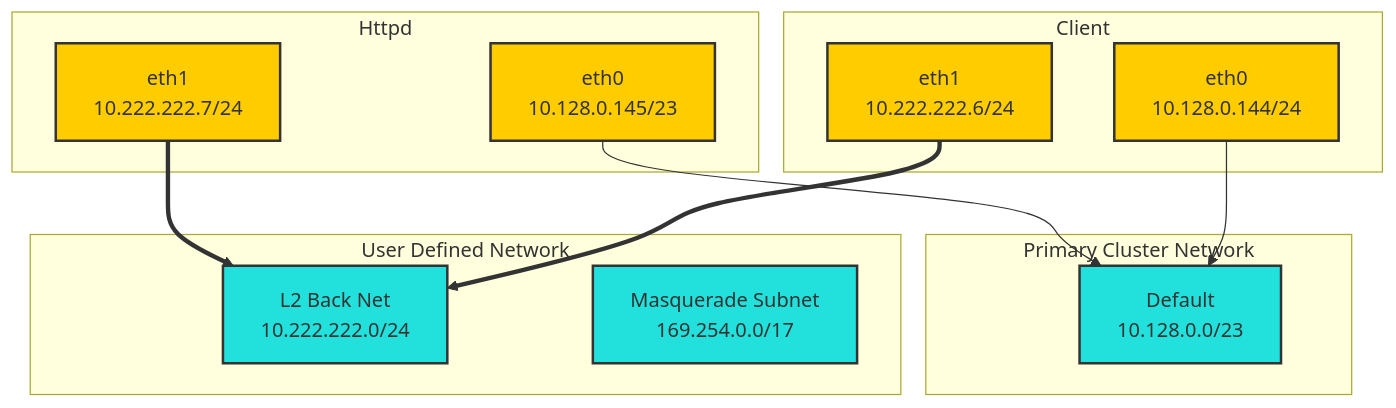
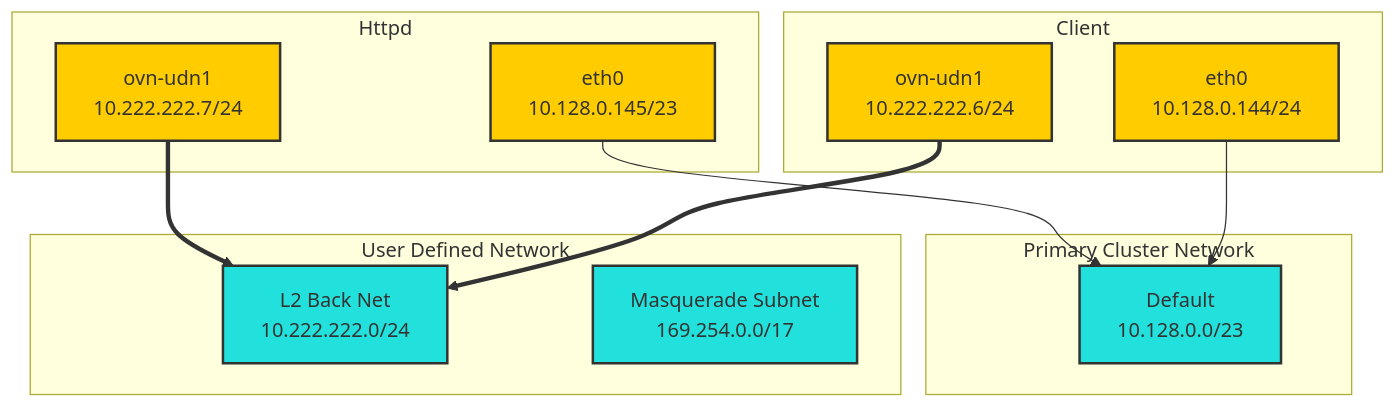
Before and after one commit to dlbewley/demo-virt: the diagram in demos/udn/readme.md, drawn with Mermaid. The commit also changed other lines of this file, not shown here.

Commit message:
fix udn nic name

````diff
--- a/demos/udn/readme.md
+++ b/demos/udn/readme.md
@@ -45,33 +45,33 @@
 ```mermaid
 graph TD;
     classDef interface fill:#ffcc00,stroke:#333,stroke-width:2px;
     classDef network fill:#0ddd,stroke:#333,stroke-width:2px;
     classDef neighbor fill:#ffeb99,stroke:#333,stroke-width:2px;
 
     subgraph Cluster ["Primary Cluster Network"]
         net-pod[Default<br> 10.128.0.0/23]:::network;
         %% net-pod --(NAT)--> internet %%
     end
 
     subgraph Networks["User Defined Network"]
         net-right[L2 Back Net<br> 10.222.222.0/24]:::network;
     end
 
     subgraph Networks["Masquerade Network"]
         net-masquerade[Masquerade Subnet<br> 169.254.0.0/17]:::network;
     end
 
     subgraph Httpd
         server-left-eth0[eth0<br>10.128.0.145/23]:::interface;
         server-left-eth0 --> net-pod
-        server-left-eth1[eth1<br>10.222.222.7/24]:::interface;
+        server-left-eth1[ovn-udn1<br>10.222.222.7/24]:::interface;
         server-left-eth1 ==> net-right
     end
 
     subgraph Client
         server-right-eth0[eth0<br>10.128.0.144/24]:::interface;
         server-right-eth0 --> net-pod
-        server-right-eth1[eth1<br>10.222.222.6/24]:::interface;
+        server-right-eth1[ovn-udn1<br>10.222.222.6/24]:::interface;
         server-right-eth1 ==> net-right
     end
 ```
````
